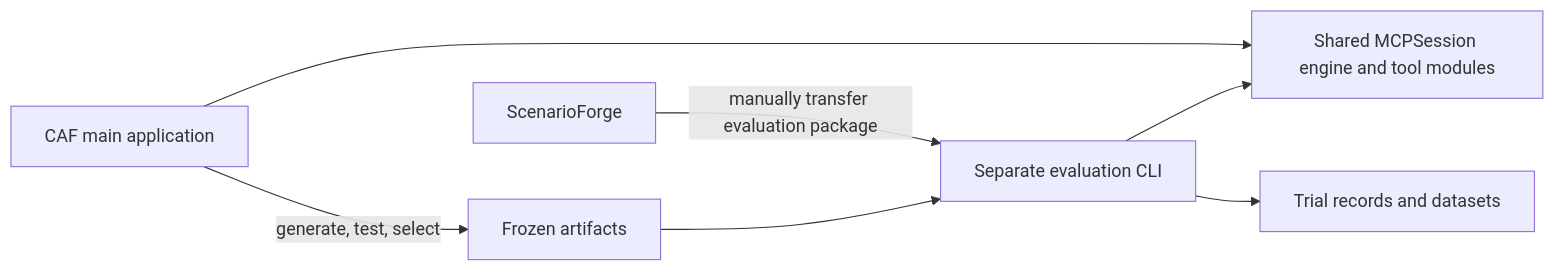
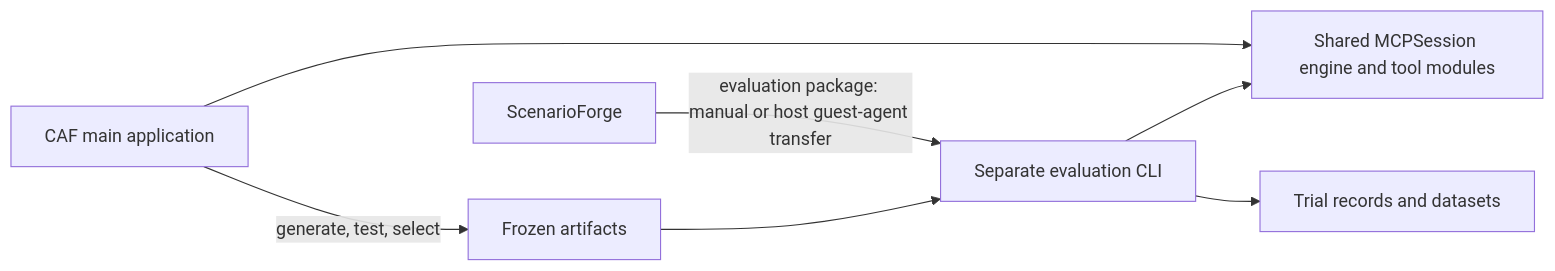
Before and after one commit to raistlinJ/cyber-agent-flow-eval: the diagram in docs/artifact-evaluation-workflow.md, drawn with Mermaid. The commit also changed other lines of this file and 33 other files, not shown here.

````diff
--- a/docs/artifact-evaluation-workflow.md
+++ b/docs/artifact-evaluation-workflow.md
@@ -21,9 +21,9 @@
 ```mermaid
 flowchart LR
     Main[CAF main application] -->|generate, test, select| Artifacts[Frozen artifacts]
-    SF[ScenarioForge] -->|manually transfer evaluation package| Eval[Separate evaluation CLI]
+    SF[ScenarioForge] -->|evaluation package: manual or host guest-agent transfer| Eval[Separate evaluation CLI]
     Artifacts --> Eval
     Main --> Engine[Shared MCPSession engine and tool modules]
     Eval --> Engine
     Eval --> Data[Trial records and datasets]
 ```
````
